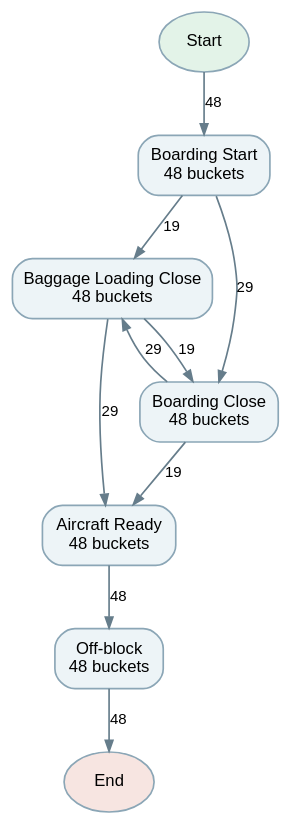
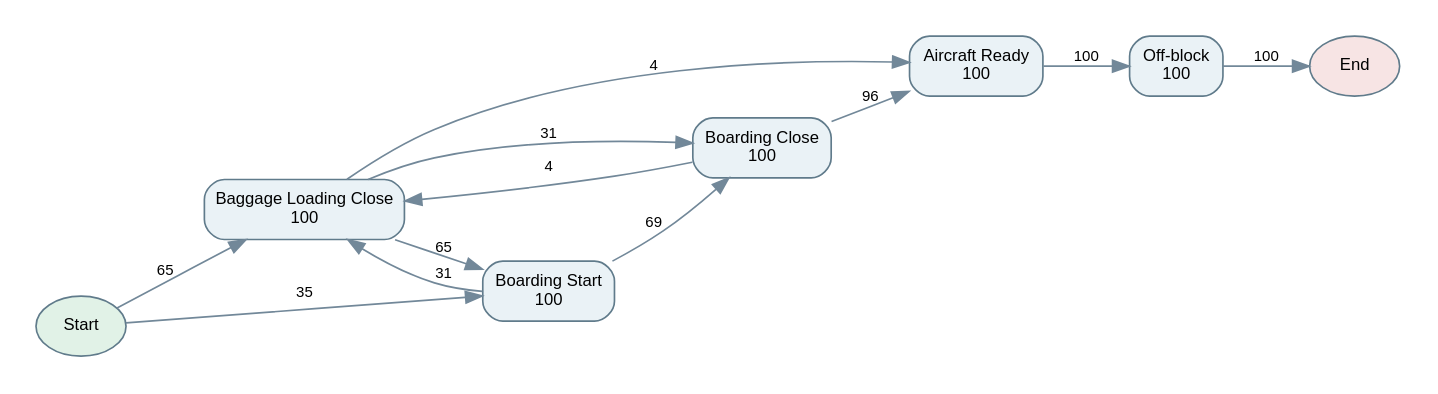
The diagram in datasets/synthetic/airlineflow/gold/Q03/dfg.dot (jiwonpark7913/NL2EVENTLOG), drawn with Graphviz before and after one commit. The commit also changed 401 other files, not shown here.

```diff
--- a/datasets/synthetic/airlineflow/gold/Q03/dfg.dot
+++ b/datasets/synthetic/airlineflow/gold/Q03/dfg.dot
@@ -1,21 +1,20 @@
-digraph D {
-graph [rankdir=TB, bgcolor="transparent", pad=0.25, nodesep=0.35, ranksep=0.38];
-node [shape=box,style="rounded,filled",color="#8ba6b6",fillcolor="#edf4f7",fontname="Arial",fontsize=10];
-edge [color="#667d8b",fontname="Arial",fontsize=9,arrowsize=.65];
-start [shape=ellipse,label="Start",fillcolor="#e3f3e8"];
-end [shape=ellipse,label="End",fillcolor="#f7e5e1"];
-n0 [label="Boarding Start\n48 buckets"];
-n1 [label="Baggage Loading Close\n48 buckets"];
-n2 [label="Boarding Close\n48 buckets"];
-n3 [label="Aircraft Ready\n48 buckets"];
-n4 [label="Off-block\n48 buckets"];
-start -> n0 [label="48"];
-n3 -> n4 [label="48"];
-n1 -> n3 [label="29"];
-n1 -> n2 [label="19"];
-n2 -> n3 [label="19"];
-n2 -> n1 [label="29"];
-n0 -> n1 [label="19"];
-n0 -> n2 [label="29"];
-n4 -> end [label="48"];
+digraph G {
+rankdir=LR; graph [bgcolor="white",pad=0.2,nodesep=0.3,ranksep=0.5]; node [shape=box,style="rounded,filled",fillcolor="#eaf2f6",color="#607b8b",fontname="Arial",fontsize=10]; edge [color="#728899",fontname="Arial",fontsize=9];
+start [label="Start",shape=oval,fillcolor="#e1f2e7"]; end [label="End",shape=oval,fillcolor="#f7e4e4"];
+n0 [label="Aircraft Ready\n100"];
+n1 [label="Baggage Loading Close\n100"];
+n2 [label="Boarding Close\n100"];
+n3 [label="Boarding Start\n100"];
+n4 [label="Off-block\n100"];
+n0 -> n4 [label="100"];
+n1 -> n0 [label="4"];
+n1 -> n2 [label="31"];
+n1 -> n3 [label="65"];
+n2 -> n0 [label="96"];
+n2 -> n1 [label="4"];
+n3 -> n1 [label="31"];
+n3 -> n2 [label="69"];
+n4 -> end [label="100"];
+start -> n1 [label="65"];
+start -> n3 [label="35"];
 }
```
